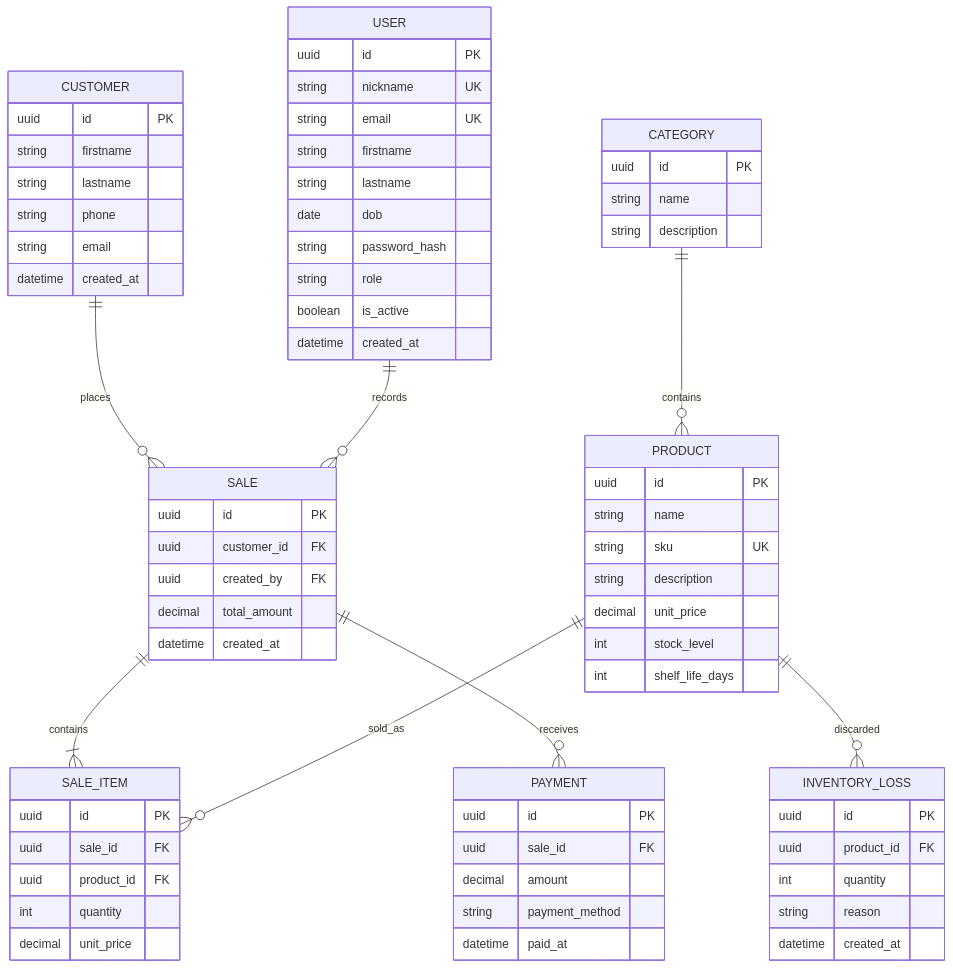
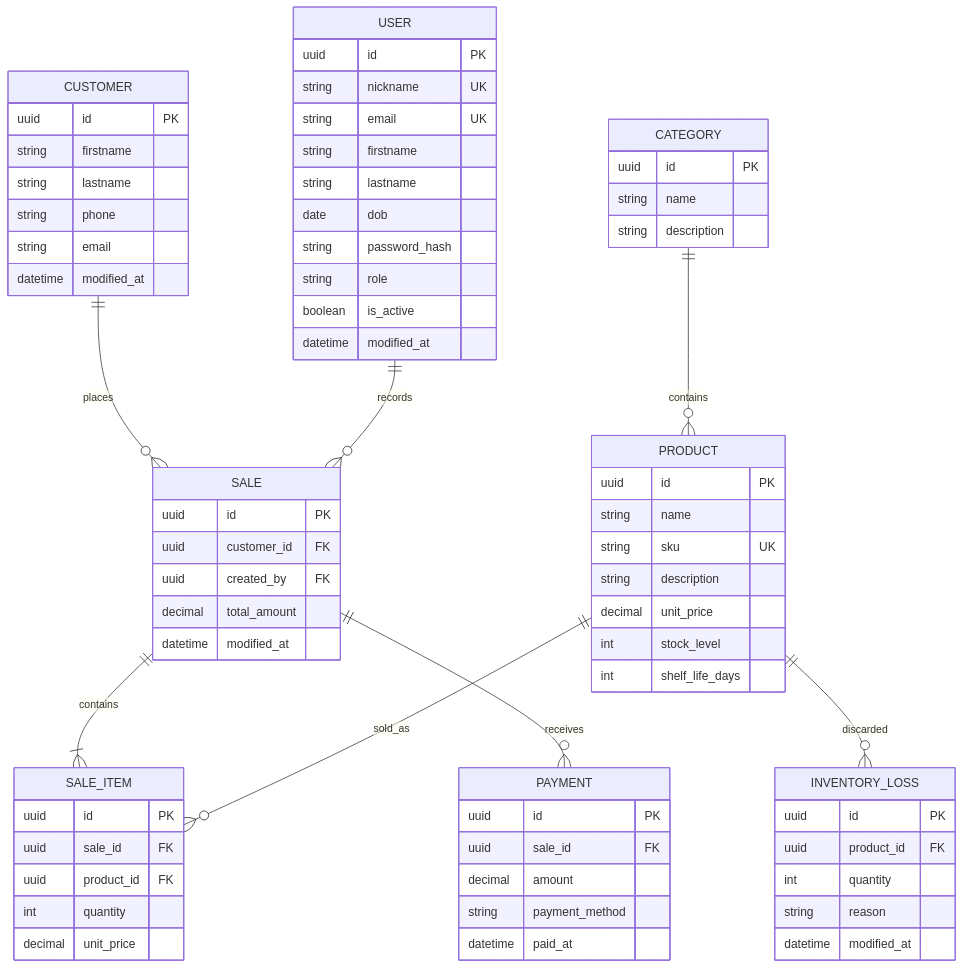
Before and after one commit to kiskaadee/bitetrack-api: the diagram in docs/database.md, drawn with Mermaid. The commit also changed 4 other files, not shown here.

Commit message:
feat(schemas): introduce UserUpdate model, validation helpers, and modified_at timestamp

```diff
--- a/docs/database.md
+++ b/docs/database.md
@@ -15,7 +15,7 @@
     string password_hash
     string role
     boolean is_active
-    datetime created_at
+    datetime modified_at
 }
 
 CUSTOMER {
@@ -24,7 +24,7 @@
     string lastname
     string phone
     string email
-    datetime created_at
+    datetime modified_at
 }
 
 CATEGORY {
@@ -48,7 +48,7 @@
     uuid customer_id FK
     uuid created_by FK
     decimal total_amount
-    datetime created_at
+    datetime modified_at
 }
 
 SALE_ITEM {
@@ -72,7 +72,7 @@
     uuid product_id FK
     int quantity
     string reason
-    datetime created_at
+    datetime modified_at
 }
 
 CATEGORY ||--o{ PRODUCT : contains
```
